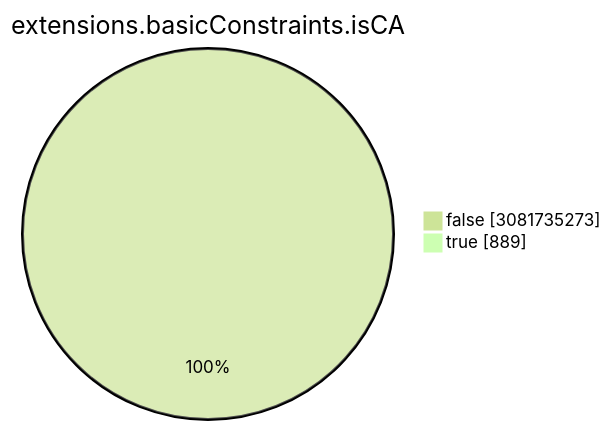
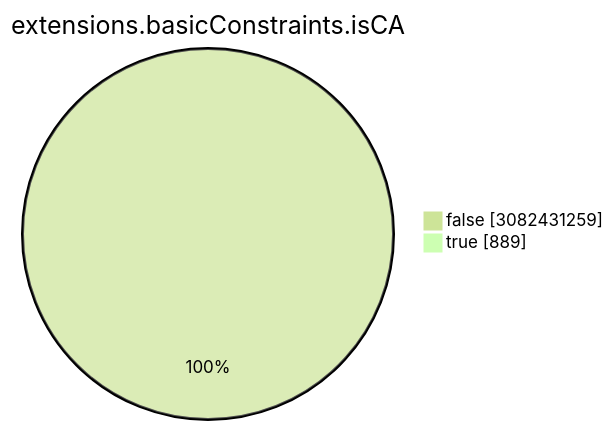
Before and after one commit to christiankrug/ctmonitor_visualization: the seventh of 15 diagrams in TOTAL/README.md, drawn with Mermaid (forest theme). The commit also changed other lines of this file, not shown here.

````diff
--- a/TOTAL/README.md
+++ b/TOTAL/README.md
@@ -3086,6 +3086,6 @@
 ```mermaid
 pie showData
 title extensions.basicConstraints.isCA
-"false" :3081735273
+"false" :3082431259
 "true" :889
 ```
````
